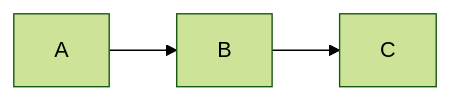
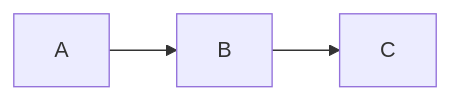
The first of 28 diagrams in tests/README.md (ShayGali/sp2_ex1), drawn with Mermaid before and after one commit. The commit also changed 4 other files, not shown here.

````diff
--- a/tests/README.md
+++ b/tests/README.md
@@ -46,6 +46,5 @@
 ```mermaid
-%%{init: {'theme': 'forest' } }%%
 graph LR;
     A-->B;
     B-->C;
 ```
````
